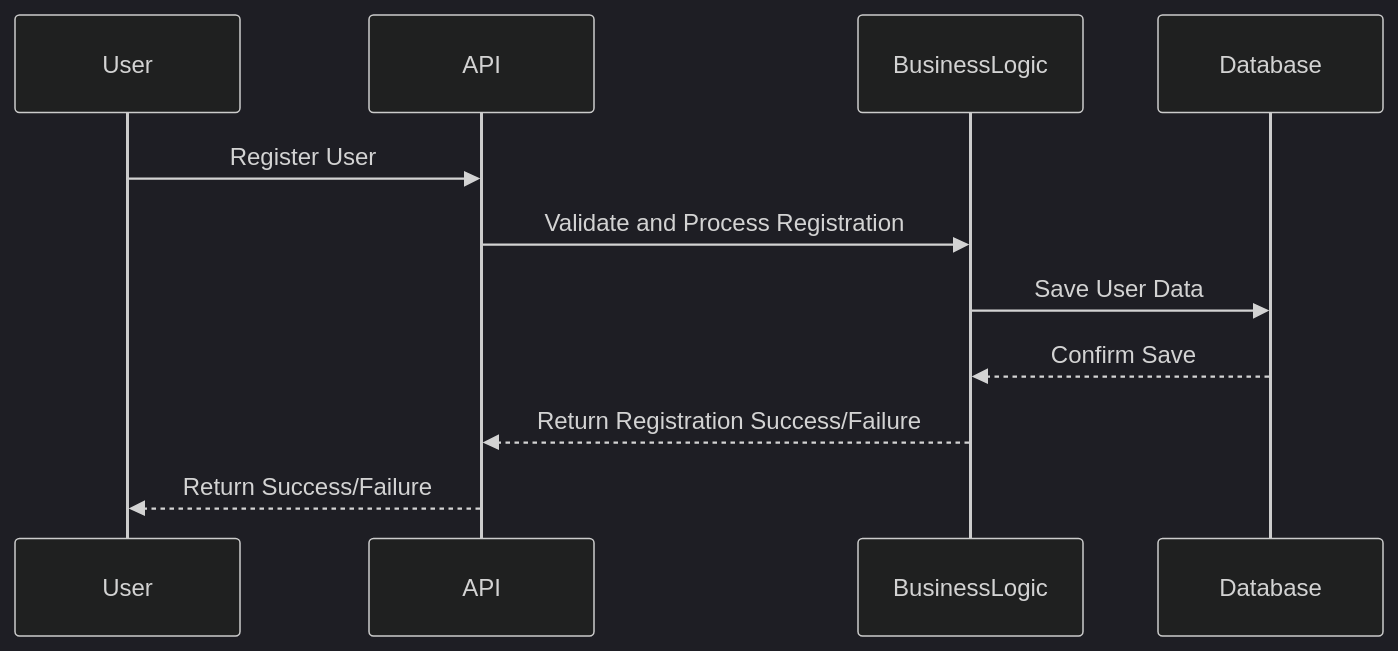
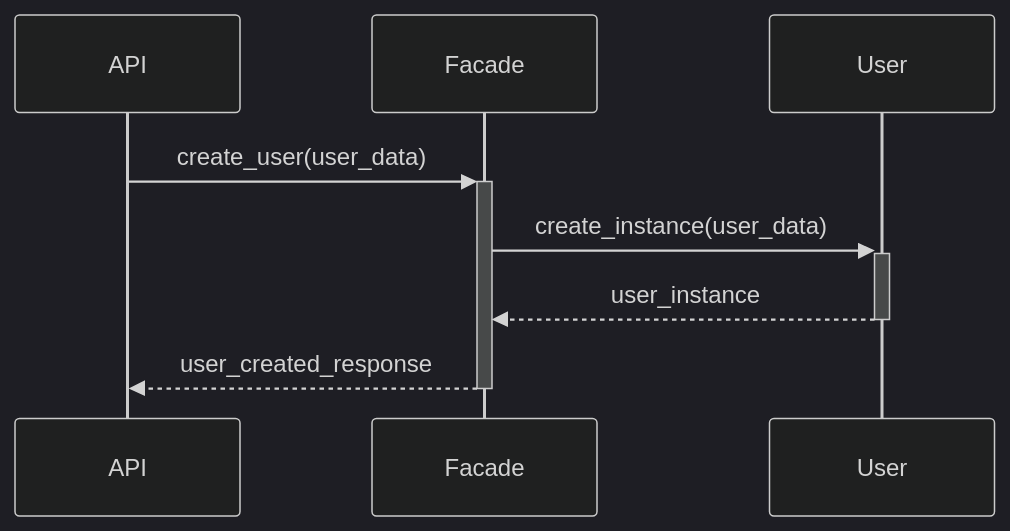
One commit to ForgetG/holbertonschool-hbnb changed the third of 6 diagrams in README.md. Above: the diagram before and after it, drawn with Mermaid (dark theme).

Commit message:
modifed SequenceDiagram User Registration

````diff
--- a/README.md
+++ b/README.md
@@ -114,14 +114,11 @@
 ```mermaid
 sequenceDiagram
-participant User
-participant API
-participant BusinessLogic
-participant Database
+    participant API
+    participant Facade
+    participant User
 
-User->>API: Register User
-API->>BusinessLogic: Validate and Process Registration
-BusinessLogic->>Database: Save User Data
-Database-->>BusinessLogic: Confirm Save
-BusinessLogic-->>API: Return Registration Success/Failure
-API-->>User: Return Success/Failure
+    API->>+Facade: create_user(user_data)
+    Facade->>+User: create_instance(user_data)
+    User-->>-Facade: user_instance
+    Facade-->>-API: user_created_response
 ```
````
